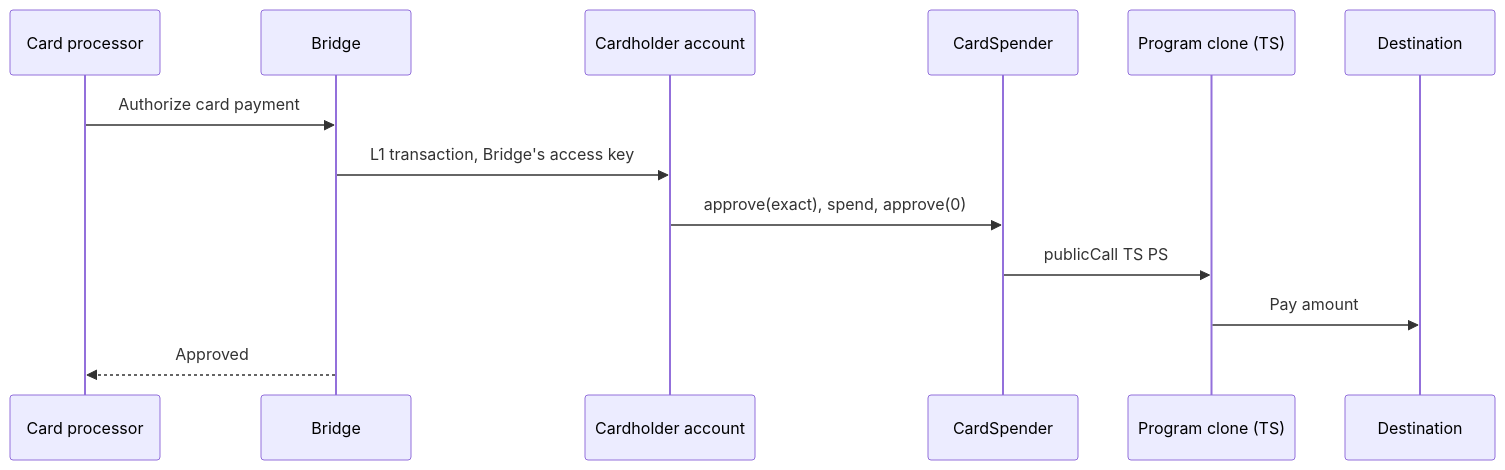
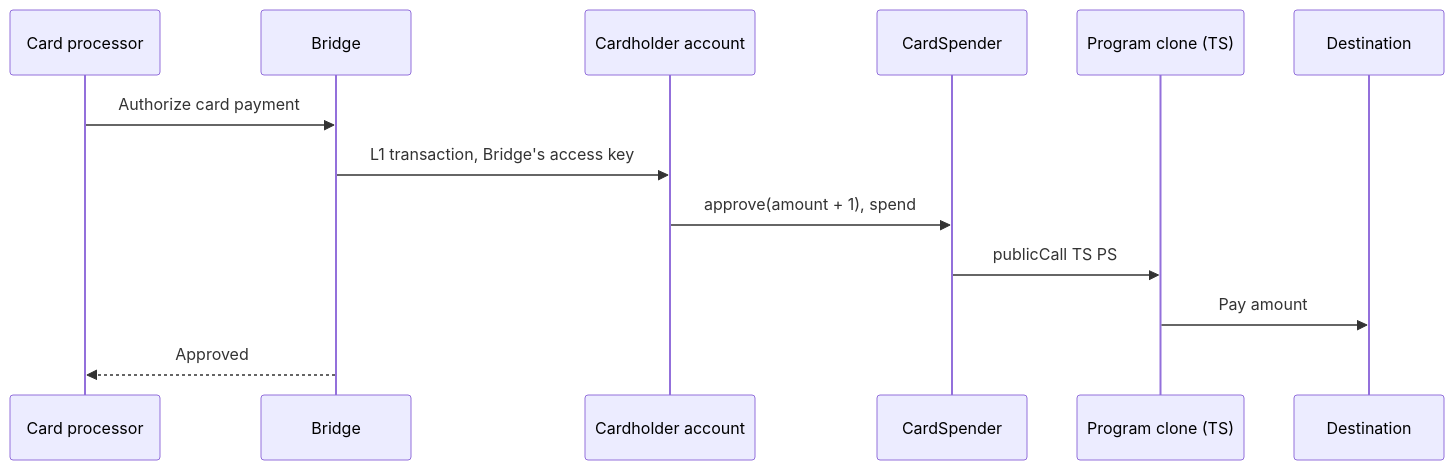
One commit to tempoxyz/contracts changed the first of 3 diagrams in docs/cards/bridge/design.md. Above: the diagram before and after it, drawn with Mermaid. The commit also changed other lines of this file and 14 other files, not shown here.

````diff
--- a/docs/cards/bridge/design.md
+++ b/docs/cards/bridge/design.md
@@ -118,15 +119,15 @@
 ```mermaid
 sequenceDiagram
     participant S as Card processor
     participant B as Bridge
     participant A as Cardholder account
     participant G as CardSpender
     participant C as Program clone (TS)
     participant D as Destination
     S->>B: Authorize card payment
     B->>A: L1 transaction, Bridge's access key
-    A->>G: approve(exact), spend, approve(0)
+    A->>G: approve(amount + 1), spend
     G->>C: publicCall TS PS
     C->>D: Pay amount
     B-->>S: Approved
 ```
````
